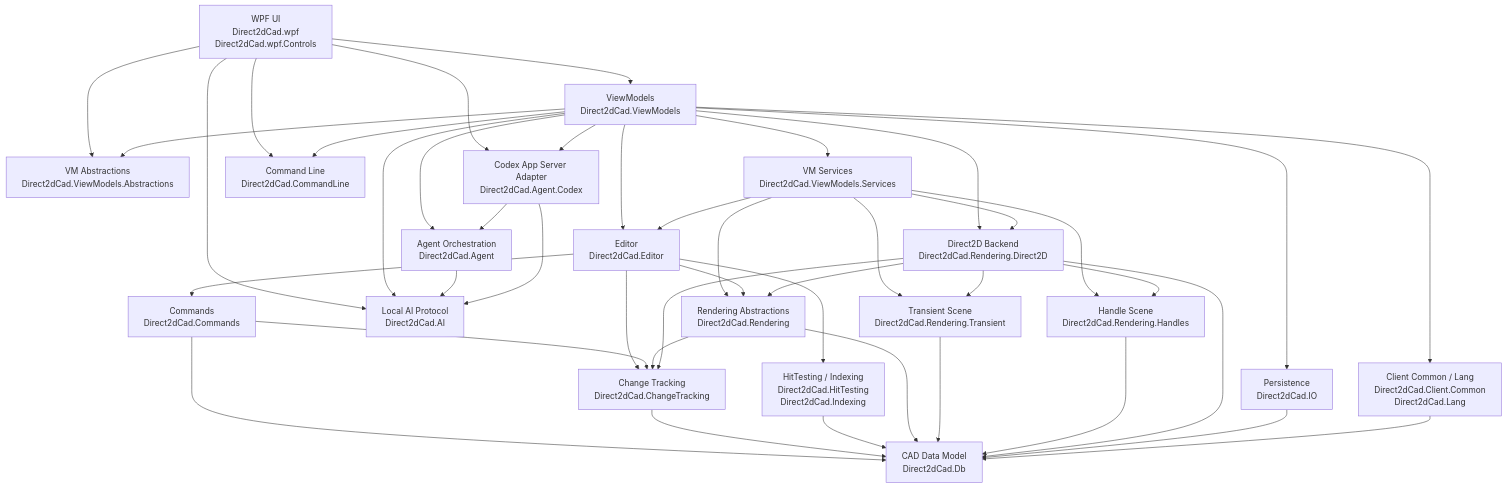
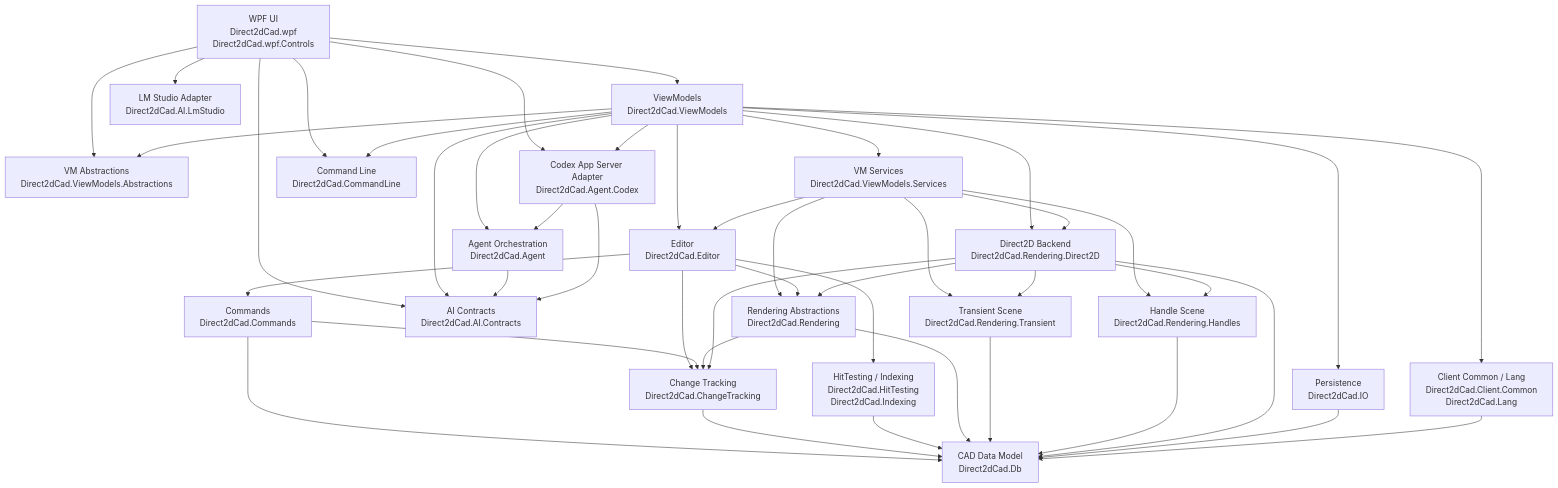
One commit to yoi102/Direct2dCad changed the diagram in README.md. Above: the diagram before and after it, drawn with Mermaid. The commit also changed other lines of this file and 46 other files, not shown here.

````diff
--- a/README.md
+++ b/README.md
@@ -78,65 +78,67 @@
 ```mermaid
 flowchart TD
     UI["WPF UI<br/>Direct2dCad.wpf<br/>Direct2dCad.wpf.Controls"]
     VMAbs["VM Abstractions<br/>Direct2dCad.ViewModels.Abstractions"]
     VMServices["VM Services<br/>Direct2dCad.ViewModels.Services"]
     VM["ViewModels<br/>Direct2dCad.ViewModels"]
     Client["Client Common / Lang<br/>Direct2dCad.Client.Common<br/>Direct2dCad.Lang"]
     Editor["Editor<br/>Direct2dCad.Editor"]
     Commands["Commands<br/>Direct2dCad.Commands"]
     CommandLine["Command Line<br/>Direct2dCad.CommandLine"]
-    AI["Local AI Protocol<br/>Direct2dCad.AI"]
+    AIContracts["AI Contracts<br/>Direct2dCad.AI.Contracts"]
+    LmStudio["LM Studio Adapter<br/>Direct2dCad.AI.LmStudio"]
     Agent["Agent Orchestration<br/>Direct2dCad.Agent"]
     Codex["Codex App Server Adapter<br/>Direct2dCad.Agent.Codex"]
     ChangeTracking["Change Tracking<br/>Direct2dCad.ChangeTracking"]
     Db["CAD Data Model<br/>Direct2dCad.Db"]
     Query["HitTesting / Indexing<br/>Direct2dCad.HitTesting<br/>Direct2dCad.Indexing"]
     Rendering["Rendering Abstractions<br/>Direct2dCad.Rendering"]
     Transient["Transient Scene<br/>Direct2dCad.Rendering.Transient"]
     Handles["Handle Scene<br/>Direct2dCad.Rendering.Handles"]
     Direct2D["Direct2D Backend<br/>Direct2dCad.Rendering.Direct2D"]
     IO["Persistence<br/>Direct2dCad.IO"]
 
     UI --> VM
     UI --> VMAbs
     UI --> CommandLine
-    UI --> AI
+    UI --> AIContracts
+    UI --> LmStudio
     UI --> Codex
     VM --> VMAbs
     VM --> CommandLine
-    VM --> AI
+    VM --> AIContracts
     VM --> Agent
     VM --> Codex
     VM --> VMServices
     VM --> Client
     VM --> Editor
     VM --> IO
     VM --> Direct2D
     VMServices --> Editor
     VMServices --> Rendering
     VMServices --> Direct2D
     VMServices --> Handles
     VMServices --> Transient
     Editor --> Commands
     Editor --> ChangeTracking
     Editor --> Query
     Editor --> Rendering
     Commands --> ChangeTracking
     Commands --> Db
     ChangeTracking --> Db
     Query --> Db
     Rendering --> ChangeTracking
     Rendering --> Db
     Transient --> Db
     Handles --> Db
     Direct2D --> Rendering
     Direct2D --> Handles
     Direct2D --> Transient
     Direct2D --> ChangeTracking
     Direct2D --> Db
     IO --> Db
     Client --> Db
-    Agent --> AI
+    Agent --> AIContracts
     Codex --> Agent
-    Codex --> AI
+    Codex --> AIContracts
 ```
````
